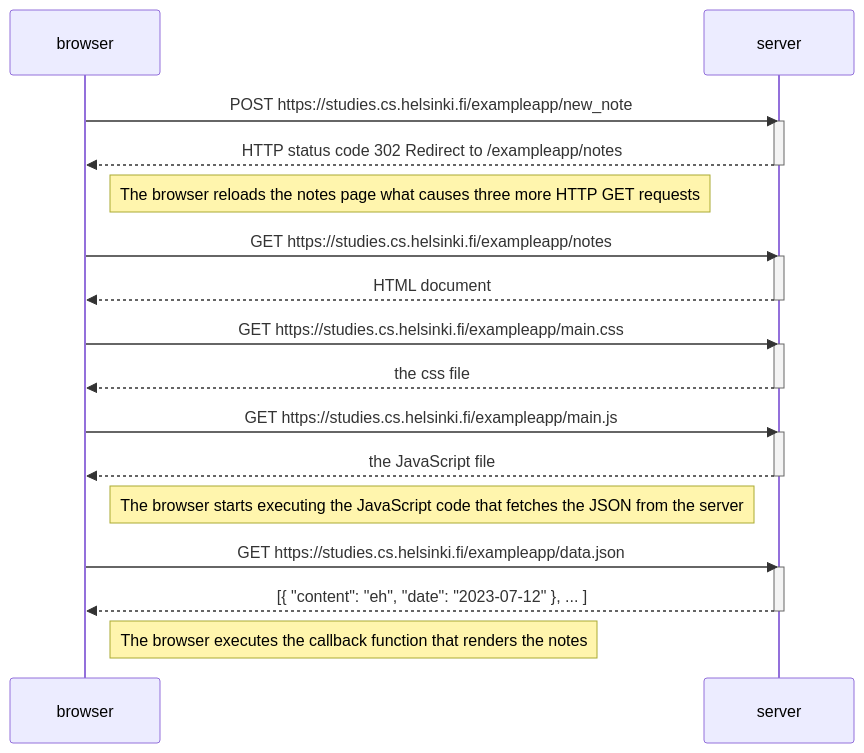
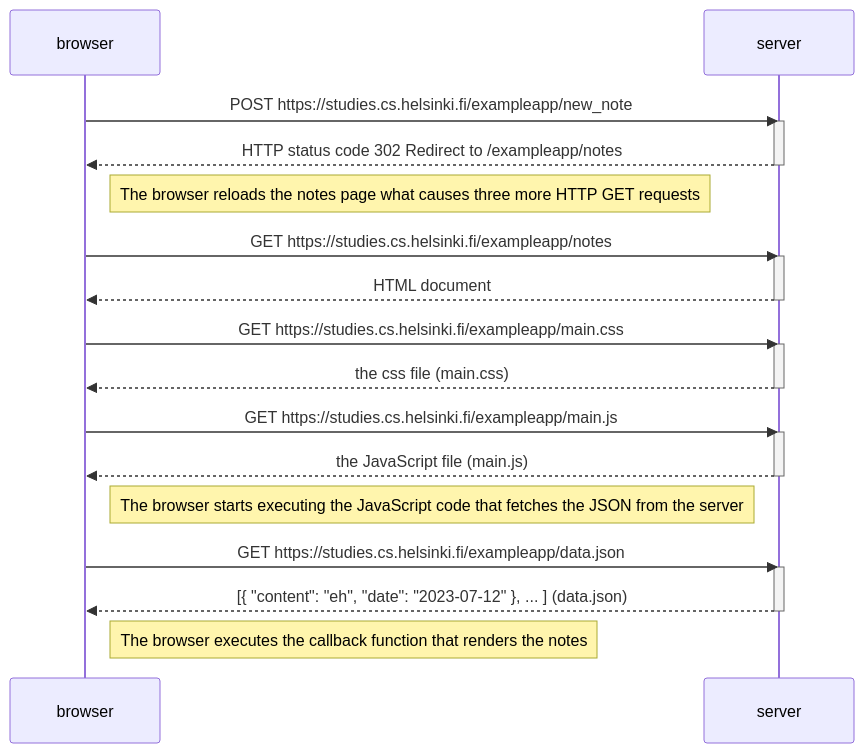
The diagram in part0/0.4-new-note-diagram.md (kamildzierzak/full-stack-open), drawn with Mermaid before and after one commit. The commit also changed 2 other files, not shown here.

Commit message:
add 0.5 and 0.6 solutions

````diff
--- a/part0/0.4-new-note-diagram.md
+++ b/part0/0.4-new-note-diagram.md
@@ -1,36 +1,36 @@
 ```mermaid
 sequenceDiagram
 participant browser
 participant server
 
     browser->>server: POST https://studies.cs.helsinki.fi/exampleapp/new_note
     activate server
     server-->>browser: HTTP status code 302 Redirect to /exampleapp/notes
     deactivate server
 
     Note right of browser: The browser reloads the notes page what causes three more HTTP GET requests
 
     browser->>server: GET https://studies.cs.helsinki.fi/exampleapp/notes
     activate server
     server-->>browser: HTML document
     deactivate server
 
     browser->>server: GET https://studies.cs.helsinki.fi/exampleapp/main.css
     activate server
-    server-->>browser: the css file
+    server-->>browser: the css file (main.css)
     deactivate server
 
     browser->>server: GET https://studies.cs.helsinki.fi/exampleapp/main.js
     activate server
-    server-->>browser: the JavaScript file
+    server-->>browser: the JavaScript file (main.js)
     deactivate server
 
     Note right of browser: The browser starts executing the JavaScript code that fetches the JSON from the server
 
     browser->>server: GET https://studies.cs.helsinki.fi/exampleapp/data.json
     activate server
-    server-->>browser: [{ "content": "eh", "date": "2023-07-12" }, ... ]
+    server-->>browser: [{ "content": "eh", "date": "2023-07-12" }, ... ] (data.json)
     deactivate server
 
     Note right of browser: The browser executes the callback function that renders the notes
 ```
````
